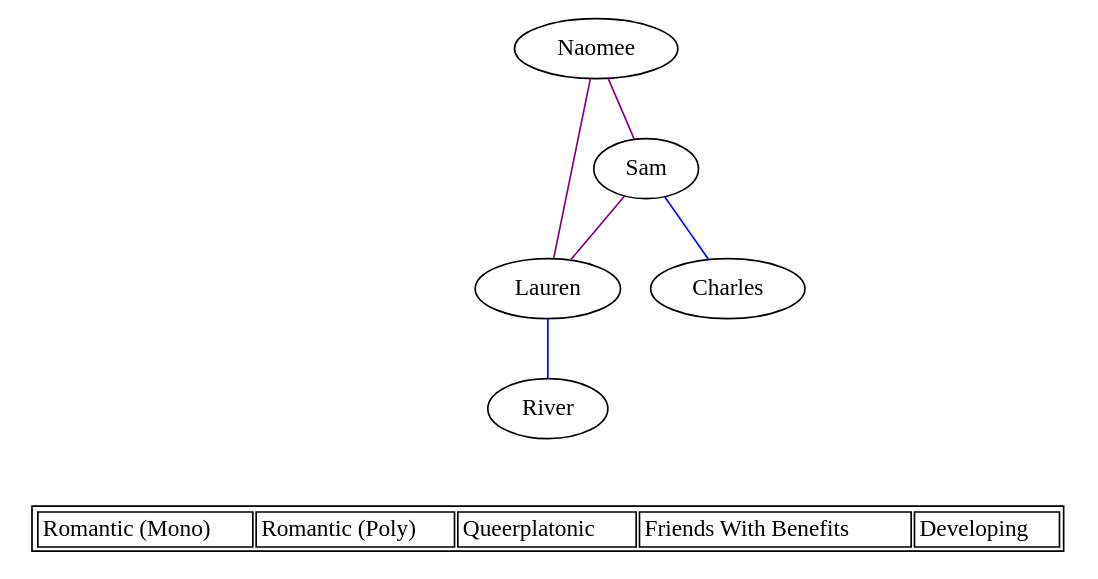
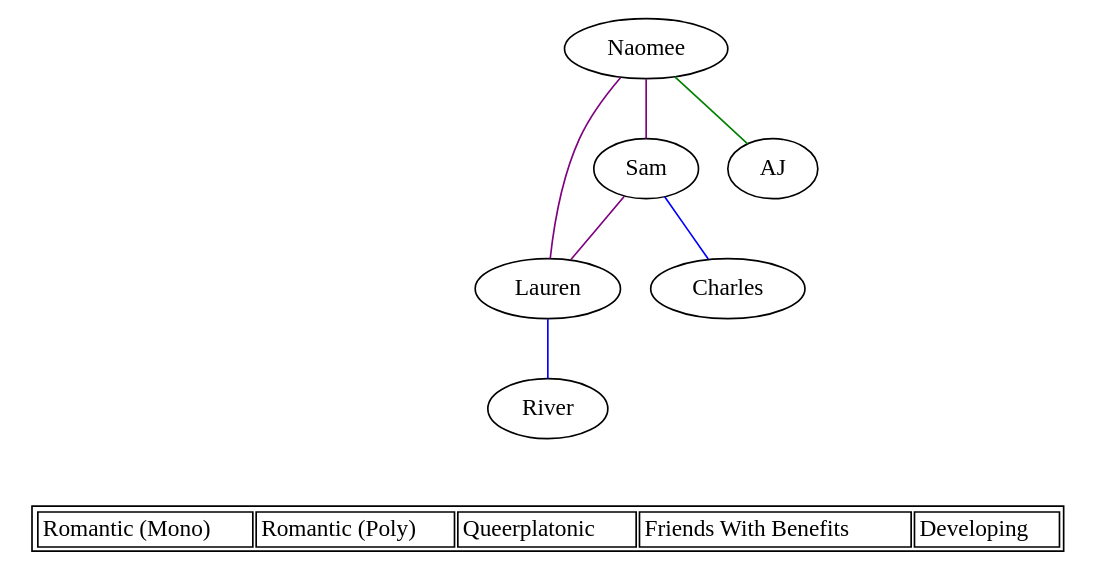
The diagram in share/polycule.dot (naeomees/CuddleCouncil), drawn with Graphviz before and after one commit.

Commit message:
Added AJ [Romantic (Poly)] to polycule.

```diff
--- a/share/polycule.dot
+++ b/share/polycule.dot
@@ -1,25 +1,27 @@
 graph polycule {
   naomee [label="Naomee"]
   sam [label="Sam"]
   lauren [label="Lauren"]
   charles [label="Charles"]
   river [label="River"]
+  aj [label="AJ"]
   naomee -- sam [color=purple]
   naomee -- lauren [color=purple]
   sam -- lauren [color=purple]
   sam -- charles [color=blue]
   lauren -- river [color=blue]
+  naomee -- aj [color=green]
   { rank = sink;
     Legend [shape=none, label=<
       <table>
         <tr>
           <td class="relRomoMono">Romantic (Mono)</td>
           <td class="relRomoPoly">Romantic (Poly)</td>
           <td class="relQPR">Queerplatonic</td>
           <td class="relFWB">Friends With Benefits</td>
           <td class="relDev">Developing</td>
         </tr>
       </table>
     >];
   }
 }
```
